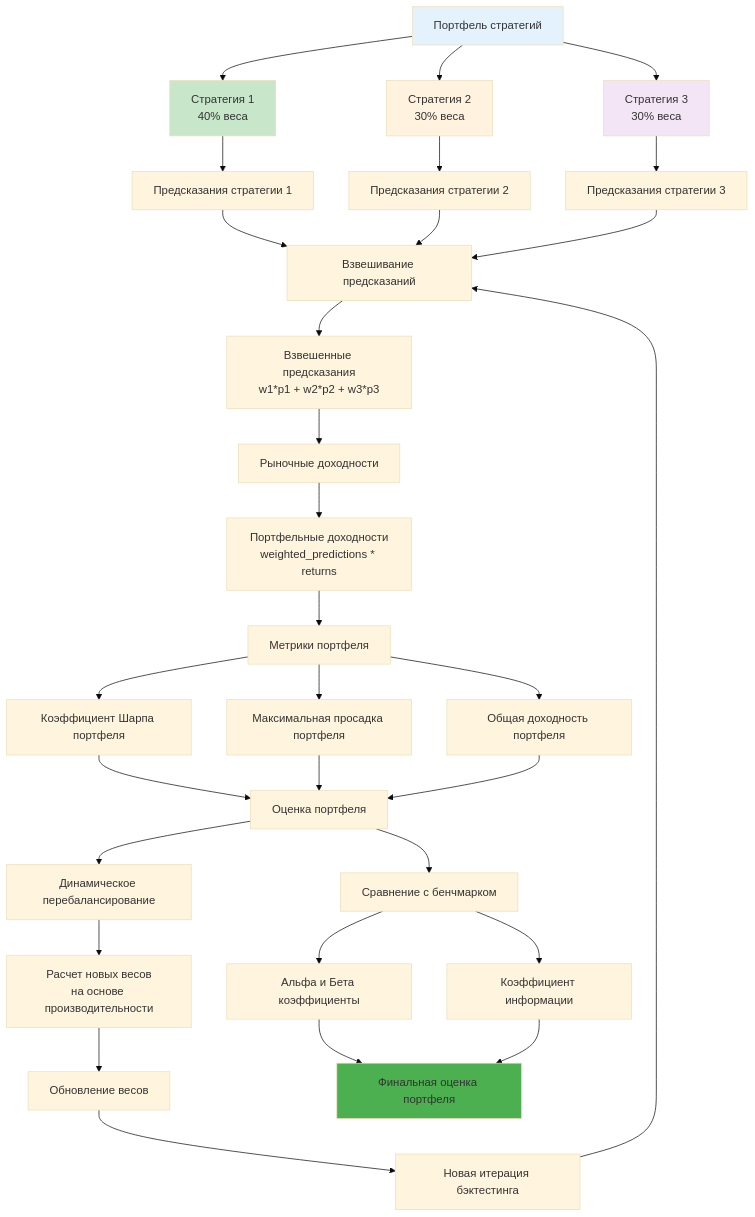
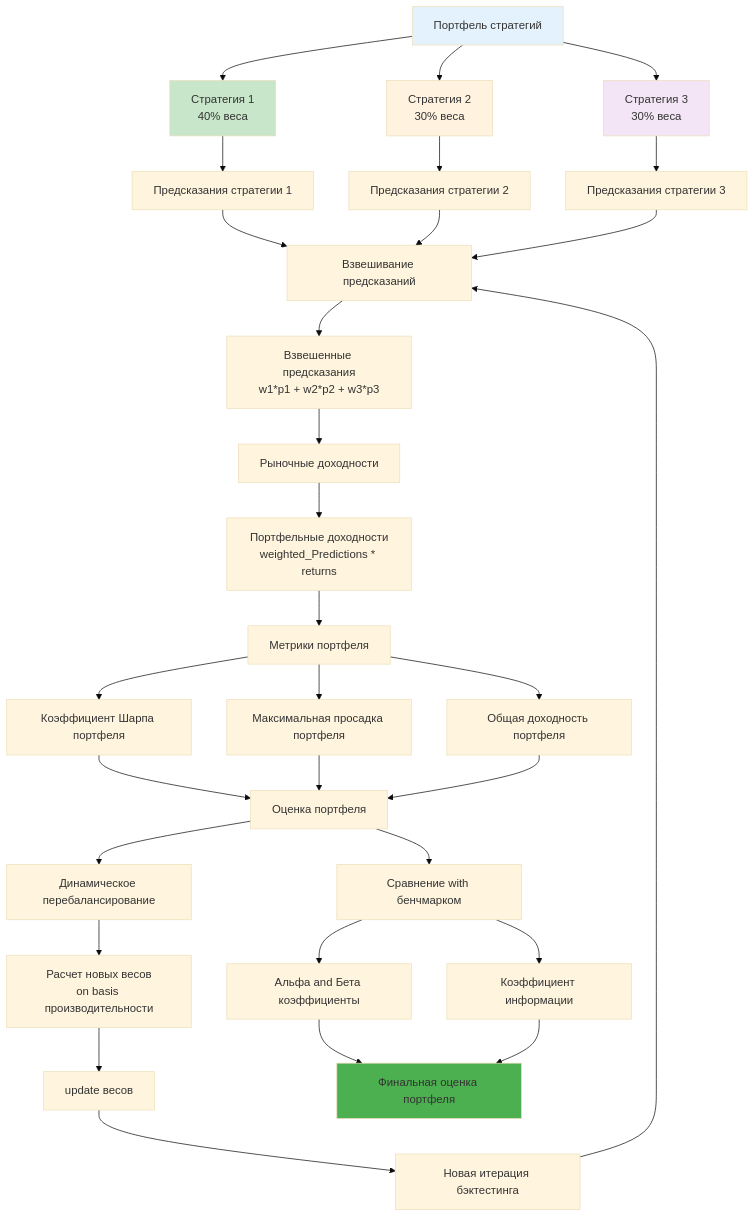
Before and after one commit to NeoZorK/neozork-hld-prediction: the sixth of 9 diagrams in docs/automl/gluon/29_backtesting_methods.md, drawn with Mermaid (base theme). The commit also changed other lines of this file and 19 other files, not shown here.

````diff
--- a/docs/automl/gluon/29_backtesting_methods.md
+++ b/docs/automl/gluon/29_backtesting_methods.md
@@ -1797,48 +1797,48 @@
 ```mermaid
 graph TD
-    A[Портфель стратегий] --> B[Стратегия 1<br/>40% веса]
-    A --> C[Стратегия 2<br/>30% веса]
-    A --> D[Стратегия 3<br/>30% веса]
-    
-    B --> E[Предсказания стратегии 1]
-    C --> F[Предсказания стратегии 2]
-    D --> G[Предсказания стратегии 3]
-    
-    E --> H[Взвешивание предсказаний]
-    F --> H
-    G --> H
-    
-    H --> I[Взвешенные предсказания<br/>w1*p1 + w2*p2 + w3*p3]
-    
-    I --> J[Рыночные доходности]
-    J --> K[Портфельные доходности<br/>weighted_predictions * returns]
-    
-    K --> L[Метрики портфеля]
-    L --> M[Коэффициент Шарпа портфеля]
-    L --> N[Максимальная просадка портфеля]
-    L --> O[Общая доходность портфеля]
-    
-    M --> P[Оценка портфеля]
-    N --> P
-    O --> P
-    
-    P --> Q[Динамическое перебалансирование]
-    Q --> R[Расчет новых весов<br/>на основе производительности]
-    
-    R --> S[Обновление весов]
-    S --> T[Новая итерация бэктестинга]
-    T --> H
-    
-    P --> U[Сравнение с бенчмарком]
-    U --> V[Альфа и Бета коэффициенты]
-    U --> W[Коэффициент информации]
-    
-    V --> X[Финальная оценка портфеля]
-    W --> X
-    
-    style A fill:#e3f2fd
-    style B fill:#c8e6c9
-    style C fill:#fff3e0
-    style D fill:#f3e5f5
-    style X fill:#4caf50
+ A[Портфель стратегий] --> B[Стратегия 1<br/>40% веса]
+ A --> C[Стратегия 2<br/>30% веса]
+ A --> D[Стратегия 3<br/>30% веса]
+
+ B --> E[Предсказания стратегии 1]
+ C --> F[Предсказания стратегии 2]
+ D --> G[Предсказания стратегии 3]
+
+ E --> H[Взвешивание предсказаний]
+ F --> H
+ G --> H
+
+ H --> I[Взвешенные предсказания<br/>w1*p1 + w2*p2 + w3*p3]
+
+ I --> J[Рыночные доходности]
+ J --> K[Портфельные доходности<br/>weighted_Predictions * returns]
+
+ K --> L[Метрики портфеля]
+ L --> M[Коэффициент Шарпа портфеля]
+ L --> N[Максимальная просадка портфеля]
+ L --> O[Общая доходность портфеля]
+
+ M --> P[Оценка портфеля]
+ N --> P
+ O --> P
+
+ P --> Q[Динамическое перебалансирование]
+ Q --> R[Расчет новых весов<br/>on basis производительности]
+
+ R --> S[update весов]
+ S --> T[Новая итерация бэктестинга]
+ T --> H
+
+ P --> U[Сравнение with бенчмарком]
+ U --> V[Альфа and Бета коэффициенты]
+ U --> W[Коэффициент информации]
+
+ V --> X[Финальная оценка портфеля]
+ W --> X
+
+ style A fill:#e3f2fd
+ style B fill:#c8e6c9
+ style C fill:#fff3e0
+ style D fill:#f3e5f5
+ style X fill:#4caf50
 ```
````
